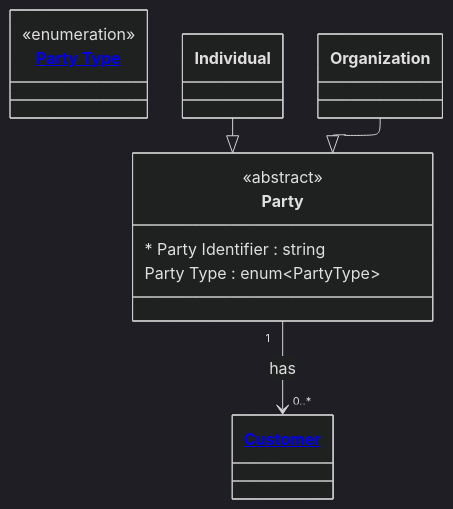
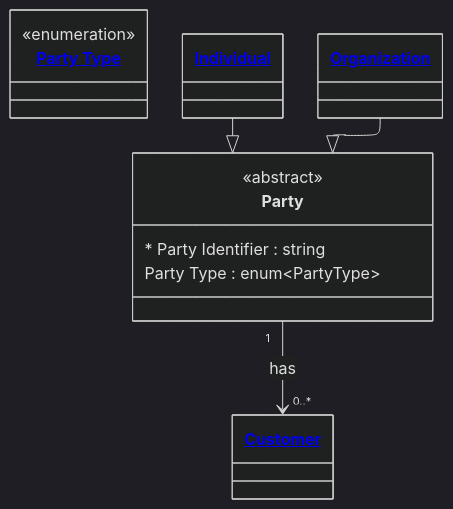
Before and after one commit to Semprini/md-ddl: the diagram in examples/Telecom/entities/party.md, drawn with Mermaid (dark theme). The commit also changed 13 other files, not shown here.

````diff
--- a/examples/Telecom/entities/party.md
+++ b/examples/Telecom/entities/party.md
@@ -11,24 +11,24 @@
 ```mermaid
 ---
 config:
   layout: elk
 ---
 classDiagram
   class Party{
     <<abstract>>
     * Party Identifier : string
     Party Type : enum~PartyType~
   }
 
   class PartyType["<a href='https://github.com/Semprini/md-ddl/blob/main/examples/Telecom/enums.md#party-type'>Party Type</a>"]{<<enumeration>>}
 
-  class Individual
-  class Organization
+  class Individual["<a href='https://github.com/Semprini/md-ddl/blob/main/examples/Telecom/entities/individual.md'>Individual</a>"]
+  class Organization["<a href='https://github.com/Semprini/md-ddl/blob/main/examples/Telecom/entities/organization.md'>Organization</a>"]
 
   Individual --|> Party
   Organization --|> Party
 
   Party "1" --> "0..*" Customer : has
 
   class Customer["<a href='https://github.com/Semprini/md-ddl/blob/main/examples/Telecom/entities/customer.md'>Customer</a>"]
 ```
````
